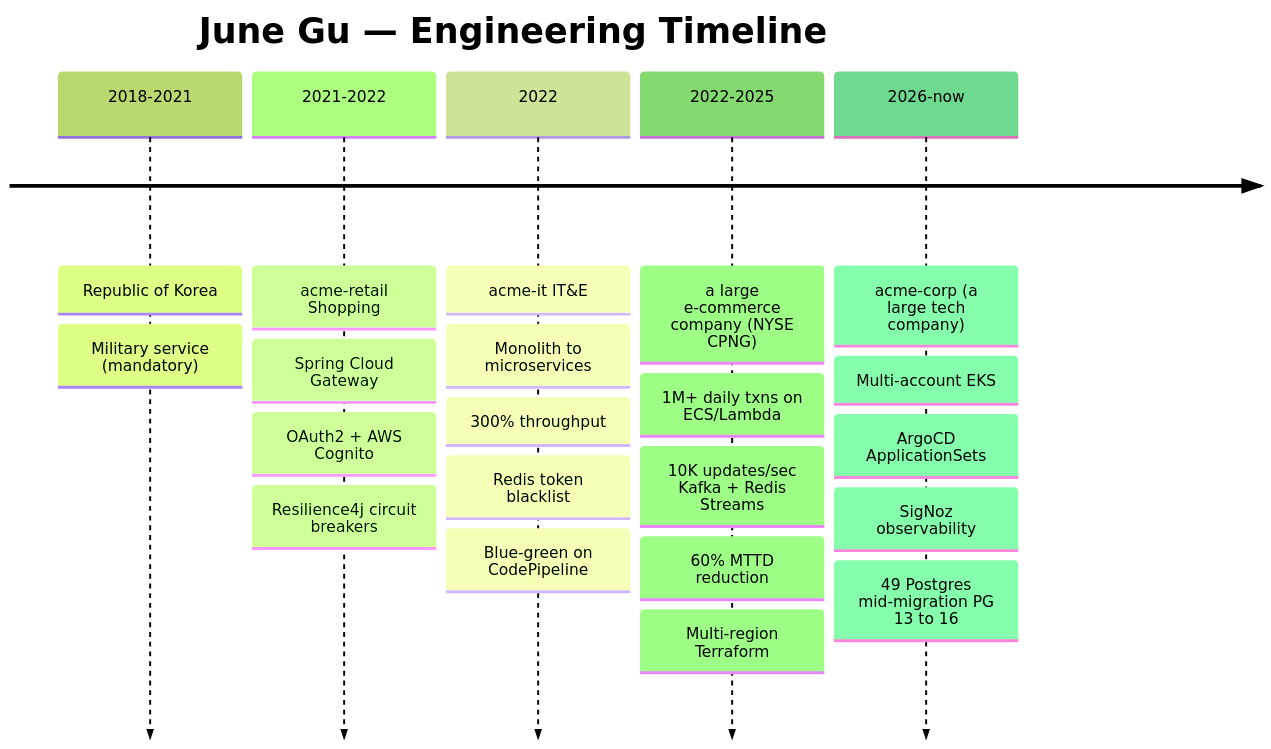
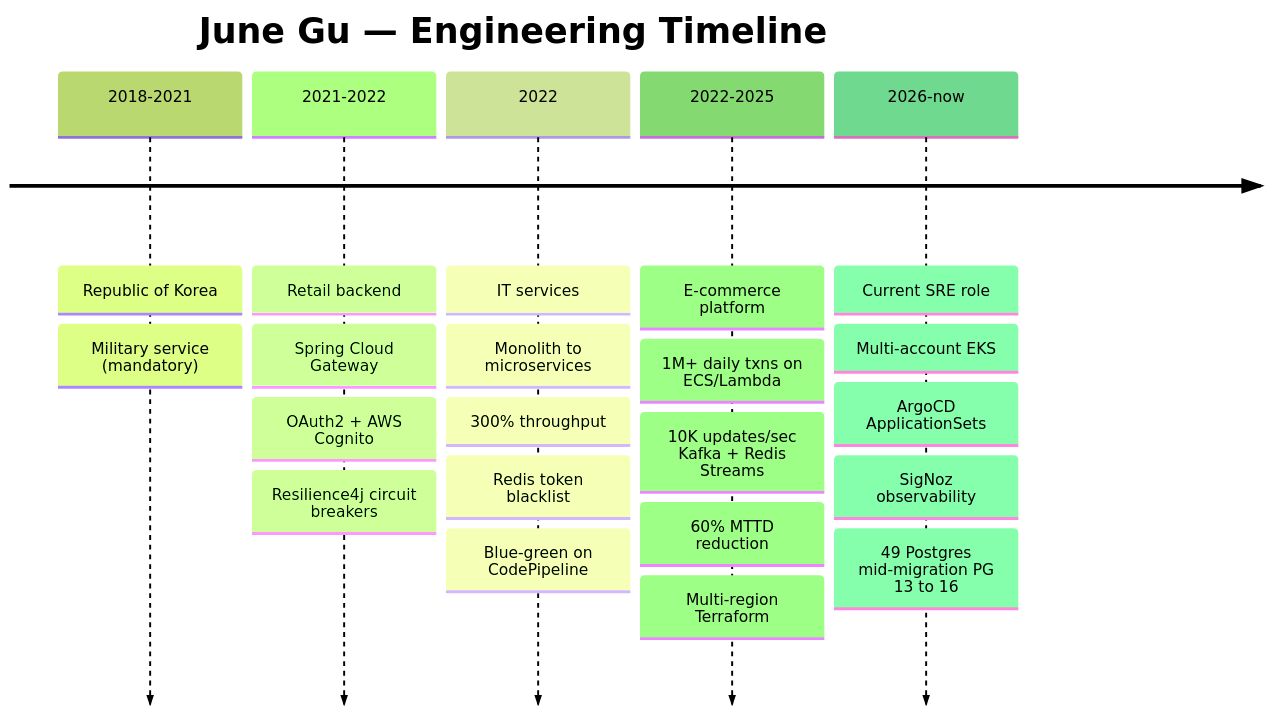
One commit to JIUNG9/sre-knowledge-engine changed the first of 4 diagrams in articles/08-open-sourcing-capstone/article.md. Above: the diagram before and after it, drawn with Mermaid (forest theme). The commit also changed other lines of this file and 40 other files, not shown here.

````diff
--- a/articles/08-open-sourcing-capstone/article.md
+++ b/articles/08-open-sourcing-capstone/article.md
@@ -25,9 +25,9 @@
 ```mermaid
 timeline
     title June Gu — Engineering Timeline
     2018-2021 : Republic of Korea : Military service (mandatory)
-    2021-2022 : acme-retail Shopping    : Spring Cloud Gateway : OAuth2 + AWS Cognito : Resilience4j circuit breakers
-    2022      : acme-it IT&E      : Monolith to microservices : 300% throughput : Redis token blacklist : Blue-green on CodePipeline
-    2022-2025 : a large e-commerce company (NYSE CPNG) : 1M+ daily txns on ECS/Lambda : 10K updates/sec Kafka + Redis Streams : 60% MTTD reduction : Multi-region Terraform
-    2026-now  : acme-corp (a large tech company) : Multi-account EKS : ArgoCD ApplicationSets : SigNoz observability : 49 Postgres mid-migration PG 13 to 16
+    2021-2022 : Retail backend    : Spring Cloud Gateway : OAuth2 + AWS Cognito : Resilience4j circuit breakers
+    2022      : IT services       : Monolith to microservices : 300% throughput : Redis token blacklist : Blue-green on CodePipeline
+    2022-2025 : E-commerce platform : 1M+ daily txns on ECS/Lambda : 10K updates/sec Kafka + Redis Streams : 60% MTTD reduction : Multi-region Terraform
+    2026-now  : Current SRE role  : Multi-account EKS : ArgoCD ApplicationSets : SigNoz observability : 49 Postgres mid-migration PG 13 to 16
 ```
````
